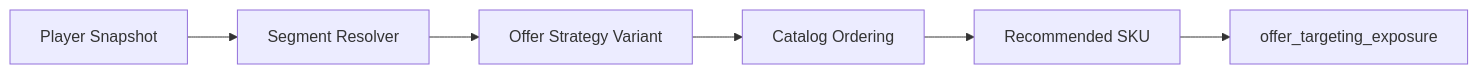
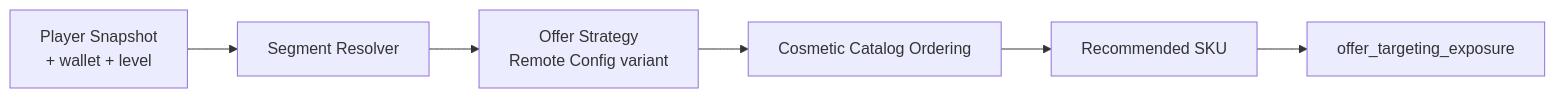
The sixth of 6 diagrams in docs/architecture/03_RELATION_MAP.md (Linol-Hamelton/Block-Puzzle), drawn with Mermaid before and after one commit. The commit also changed other lines of this file and 51 other files, not shown here.

````diff
--- a/docs/architecture/03_RELATION_MAP.md
+++ b/docs/architecture/03_RELATION_MAP.md
@@ -53,8 +119,8 @@
 ```mermaid
 flowchart LR
-  Snapshot[Player Snapshot] --> Segment[Segment Resolver]
-  Segment --> Strategy[Offer Strategy Variant]
-  Strategy --> Catalog[Catalog Ordering]
+  Snapshot[Player Snapshot\n+ wallet + level] --> Segment[Segment Resolver]
+  Segment --> Strategy[Offer Strategy\nRemote Config variant]
+  Strategy --> Catalog[Cosmetic Catalog Ordering]
   Catalog --> Recommendation[Recommended SKU]
   Recommendation --> Analytics[offer_targeting_exposure]
 ```
````
